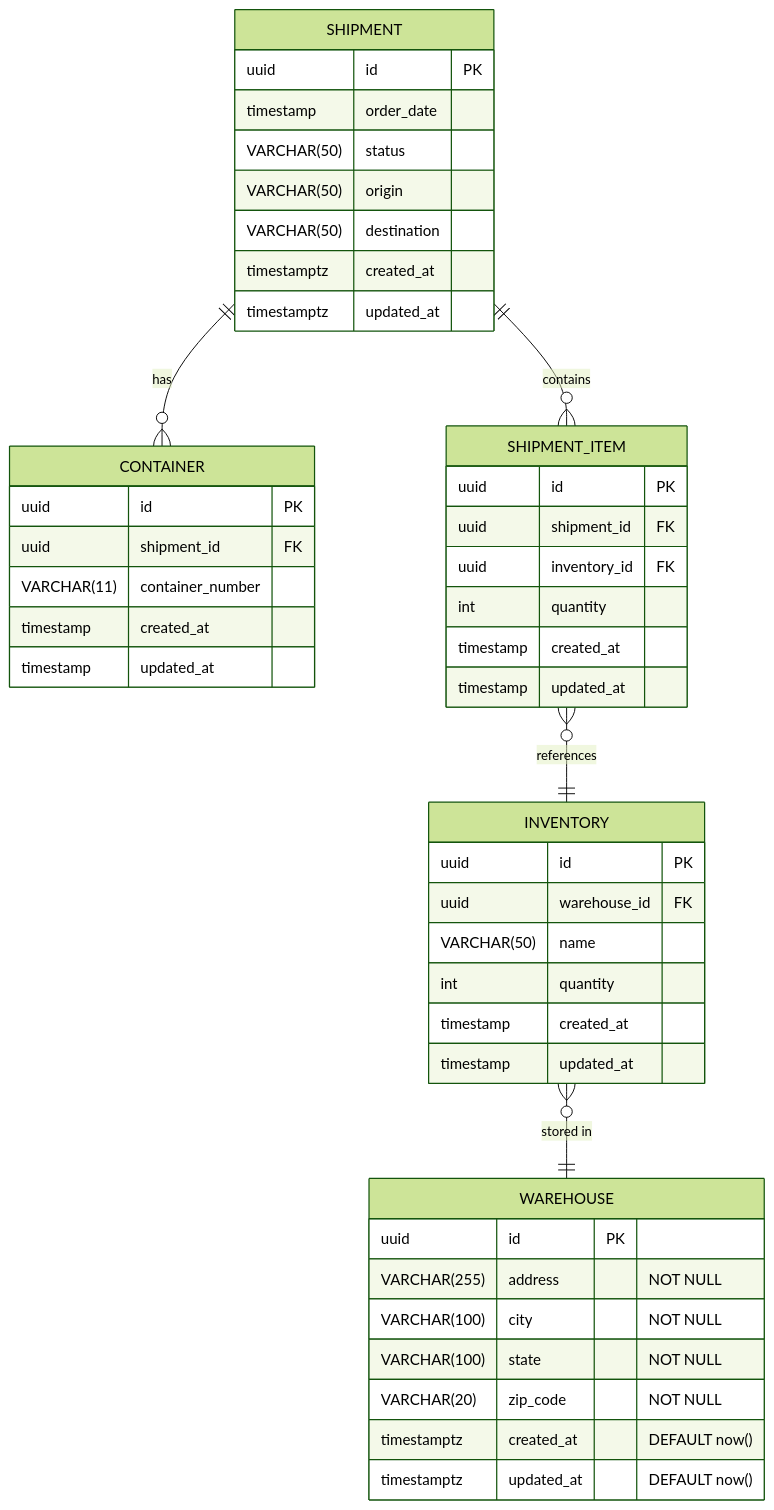
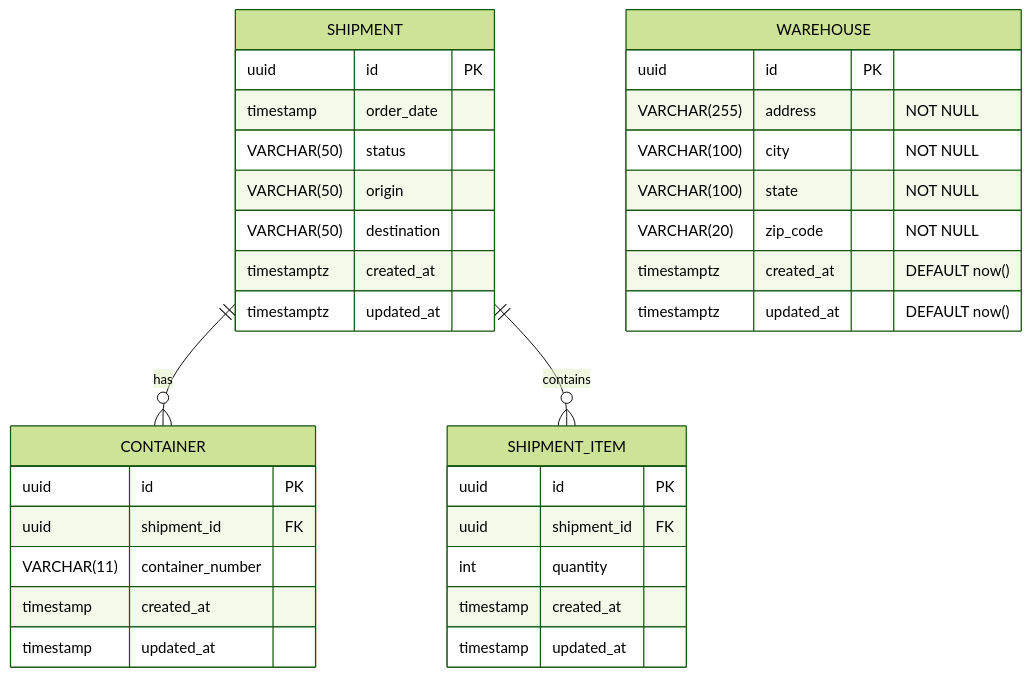
The second of 3 diagrams in ARCHITECTURE.md (BadrChoubai/logistics-microservices), drawn with Mermaid (forest theme) before and after one commit. The commit also changed other lines of this file and 19 other files, not shown here.

````diff
--- a/ARCHITECTURE.md
+++ b/ARCHITECTURE.md
@@ -142,54 +114,42 @@
 ```mermaid
 erDiagram
     SHIPMENT {
         uuid        id PK
         timestamp   order_date
         VARCHAR(50) status
         VARCHAR(50) origin
         VARCHAR(50) destination
         timestamptz   created_at
         timestamptz   updated_at
     }
 
     CONTAINER {
         uuid        id PK
         uuid        shipment_id FK
         VARCHAR(11) container_number
         timestamp   created_at
         timestamp   updated_at
 
     }
 
     SHIPMENT_ITEM {
         uuid        id PK
         uuid        shipment_id FK
-        uuid        inventory_id FK
-        int         quantity
-        timestamp   created_at
-        timestamp   updated_at
-    }
-
-    INVENTORY {
-        uuid        id PK
-        uuid        warehouse_id FK
-        VARCHAR(50) name
         int         quantity
         timestamp   created_at
         timestamp   updated_at
     }
 
     WAREHOUSE {
         uuid        id PK
         VARCHAR(255) address "NOT NULL"
         VARCHAR(100) city "NOT NULL"
         VARCHAR(100) state "NOT NULL"
         VARCHAR(20) zip_code "NOT NULL"
         timestamptz created_at "DEFAULT now()"
         timestamptz updated_at "DEFAULT now()"
     }
 
     SHIPMENT ||--o{ CONTAINER : "has"
     SHIPMENT ||--o{ SHIPMENT_ITEM : "contains"
-    SHIPMENT_ITEM }o--|| INVENTORY : "references"
-    INVENTORY }o--|| WAREHOUSE : "stored in"
 ```
````
